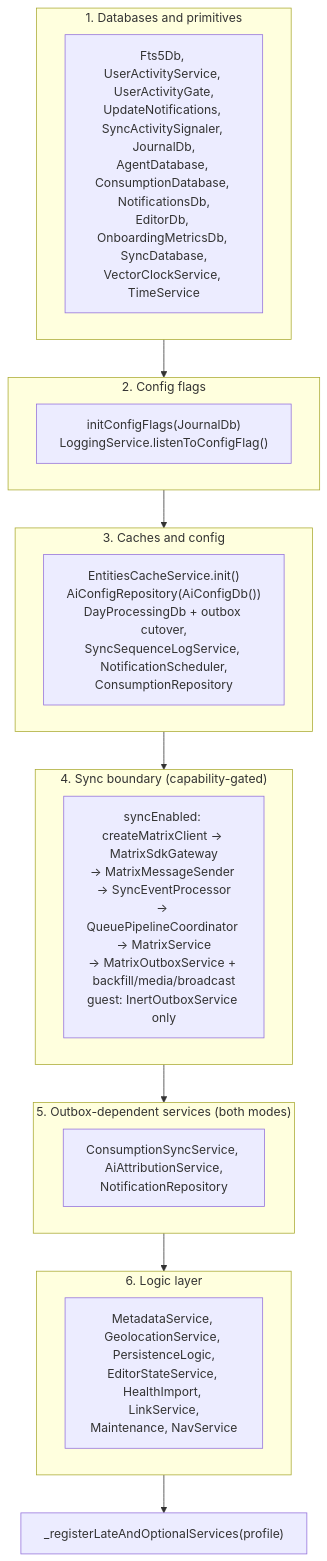
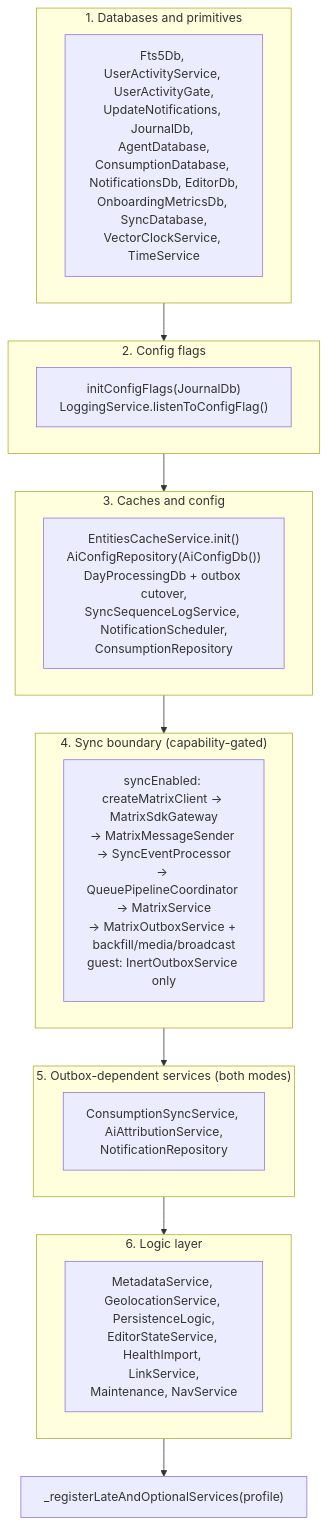
The second of 2 diagrams in knowledge/architecture/bootstrap-and-di.md (matthiasn/lotti), drawn with Mermaid before and after one commit. The commit also changed 57 other files, not shown here.

````diff
--- a/knowledge/architecture/bootstrap-and-di.md
+++ b/knowledge/architecture/bootstrap-and-di.md
@@ -118,23 +118,23 @@
 ```mermaid
 flowchart TD
   subgraph Phase1["1. Databases and primitives"]
-    P1["Fts5Db, UserActivityService, UserActivityGate,<br/>UpdateNotifications, SyncActivitySignaler, JournalDb,<br/>AgentDatabase, ConsumptionDatabase, NotificationsDb,<br/>EditorDb, OnboardingMetricsDb, SyncDatabase,<br/>VectorClockService, TimeService"]
+    P1["Fts5Db, UserActivityService, UserActivityGate,<br/>UpdateNotifications, JournalDb, AgentDatabase,<br/>ConsumptionDatabase, NotificationsDb, EditorDb,<br/>OnboardingMetricsDb, SyncDatabase,<br/>VectorClockService, TimeService"]
   end
   subgraph Phase2["2. Config flags"]
     P2["initConfigFlags(JournalDb)<br/>LoggingService.listenToConfigFlag()"]
   end
   subgraph Phase3["3. Caches and config"]
     P3["EntitiesCacheService.init()<br/>AiConfigRepository(AiConfigDb())<br/>DayProcessingDb + outbox cutover,<br/>SyncSequenceLogService, NotificationScheduler,<br/>ConsumptionRepository"]
   end
   subgraph Phase4["4. Sync boundary (capability-gated)"]
     P4["syncEnabled: createMatrixClient → MatrixSdkGateway<br/>→ MatrixMessageSender → SyncEventProcessor<br/>→ QueuePipelineCoordinator → MatrixService<br/>→ MatrixOutboxService + backfill/media/broadcast<br/>guest: InertOutboxService only"]
   end
   subgraph Phase5["5. Outbox-dependent services (both modes)"]
     P5["ConsumptionSyncService, AiAttributionService,<br/>NotificationRepository"]
   end
   subgraph Phase6["6. Logic layer"]
     P6["MetadataService, GeolocationService, PersistenceLogic,<br/>EditorStateService, HealthImport, LinkService,<br/>Maintenance, NavService"]
   end
   Phase1 --> Phase2 --> Phase3 --> Phase4 --> Phase5 --> Phase6
   Phase6 --> Late["_registerLateAndOptionalServices(profile)"]
 ```
````
